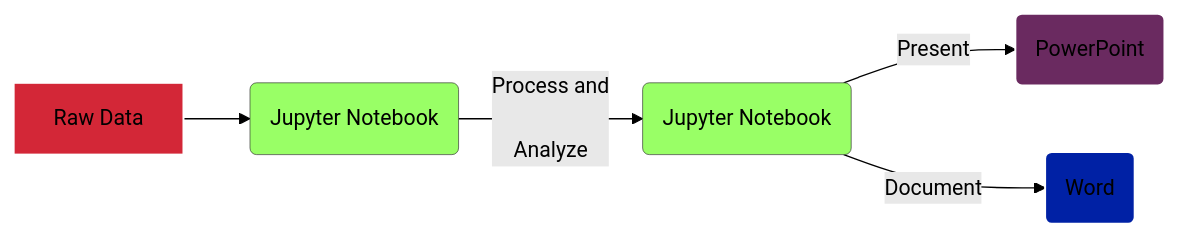
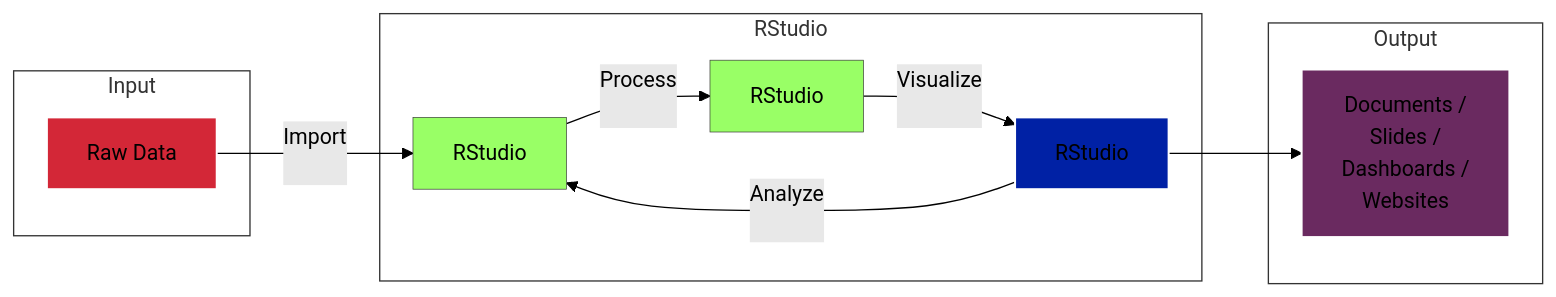
One commit to UF-SPLab/coding-capabilities-science changed diagram 12 of 14 in cultivate_coding.qmd. Above: the diagram before and after it, drawn with Mermaid. The commit also changed other lines of this file and 1 other file, not shown here.

````diff
--- a/cultivate_coding.qmd
+++ b/cultivate_coding.qmd
@@ -560,32 +631,40 @@
 ```{mermaid, echo=FALSE, warning=FALSE, message=FALSE, fig.width=12, fig.height=2}
 
+    
 %%{init: {'theme':'forest'}}%%
 
 graph LR
-    A[Raw Data] --> B(Jupyter Notebook)
-    B -->|Process and </tab> </br> </br> </tab> Analyze| C(Jupyter Notebook)
-    C -->|Present| D(PowerPoint)
-    C -->|Document| E(Word)
+
+      subgraph RStudio
+      
+            B[RStudio]-->|Process</tab> </br> </br> </tab>| C[RStudio]
+            C -->| Visualize</tab> </br> </br> </tab> | D[RStudio]
+            D -->| Analyze</tab> </br> </br> </tab> | B
+
+        end
+
+      subgraph Output
+            D --> F[Documents /</br>Slides /</br>Dashboards /</br>Websites]
+        end
+        
+      subgraph Input
+            A[Raw Data] -->|Import </br> </br> </tab> | B
+        end
+ 
     
-
     classDef green fill:#9f6,stroke:#333,stroke-width:0.5px;
     classDef orange fill:#f96,stroke:#333,stroke-width:1px;
     classDef white fill:#fff,stroke:#333,stroke-width:1px; 
     classDef blue fill:#6699cc,stroke:#333,stroke-width:1px;
     classDef red fill:#D32737,stroke:#FFF,stroke-width:1.5px;
     classDef purple fill:#6A2A60,stroke:#FFF,stroke-width:1.5px;
     classDef royalblue fill:#0021A5,stroke:#FFF,stroke-width:1.5px;
     
+    class RStudio,Input,Output white
     class B,C green
     class A red
-    class E royalblue
-    class D purple
-    
-    
-    %%style A fill:#f9f,stroke:#333,stroke-width:2px
-    %%style B fill:#bbf,stroke:#333,stroke-width:2px
-    %%style C fill:#fbf,stroke:#333,stroke-width:2px
-    %%style D fill:#bfb,stroke:#333,stroke-width:2px
-    %%style E fill:#ffb,stroke:#333,stroke-width:2px
+    class D royalblue
+    class F purple
+
     
 ```
````
